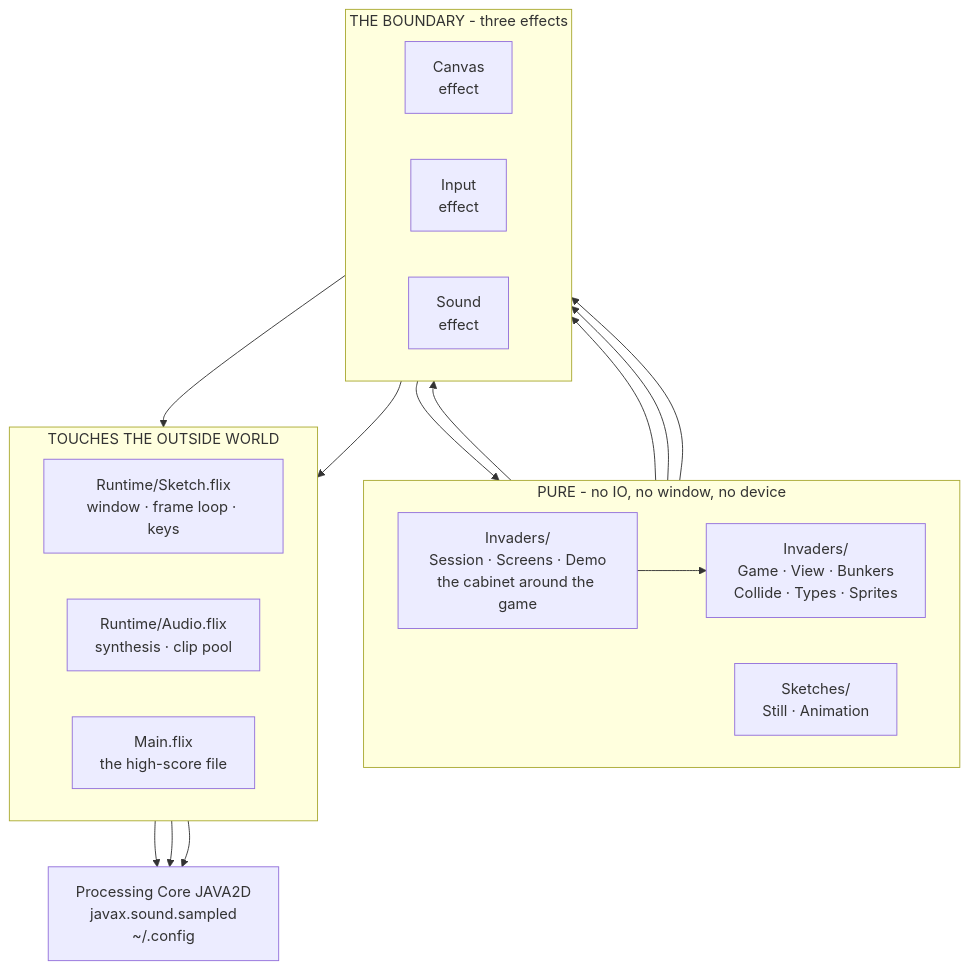
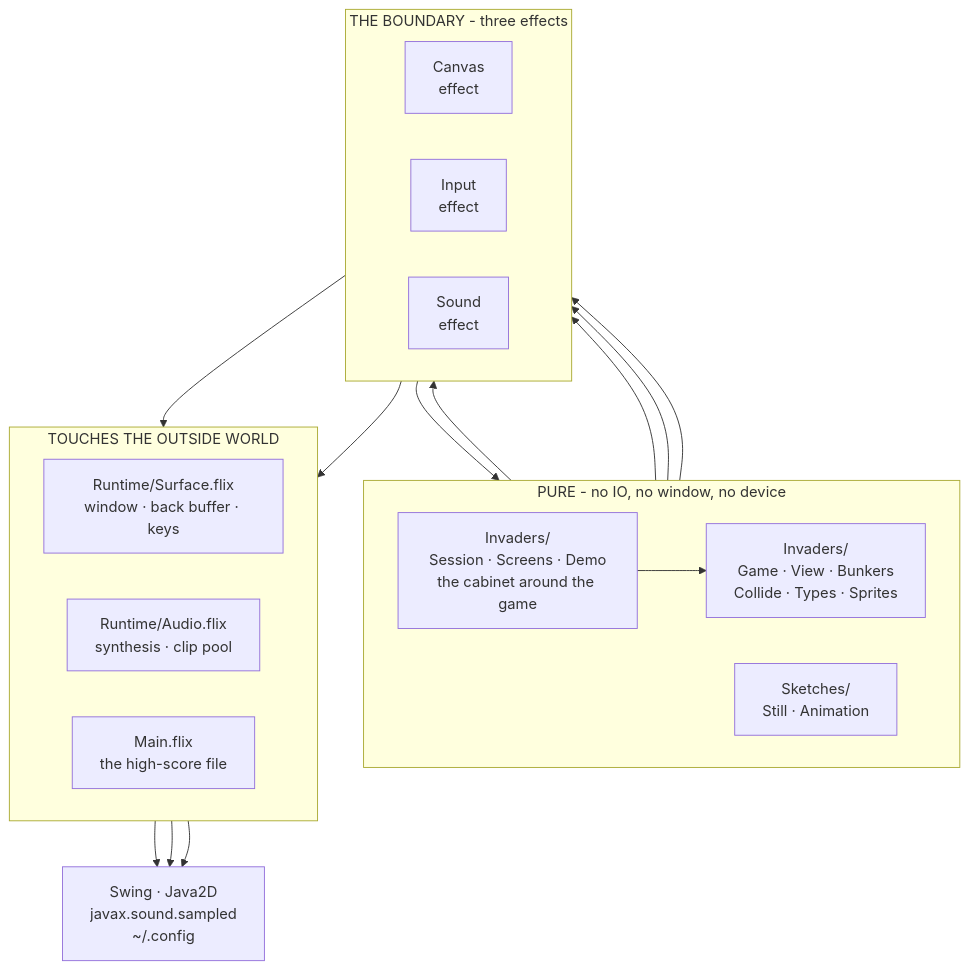
Before and after one commit to wstein/flix-invaders: the second of 6 diagrams in README.md, drawn with Mermaid. The commit also changed other lines of this file and 6 other files, not shown here.

First line of the commit message:
docs: describe the Swing runtime, and keep the record of the old one

````diff
--- a/README.md
+++ b/README.md
@@ -127,37 +128,37 @@
 ```mermaid
 flowchart TB
     subgraph pure["PURE - no IO, no window, no device"]
         direction LR
         cab["Invaders/<br>Session · Screens · Demo<br>the cabinet around the game"]
         model["Invaders/<br>Game · View · Bunkers<br>Collide · Types · Sprites"]
         demos["Sketches/<br>Still · Animation"]
     end
 
     subgraph seam["THE BOUNDARY - three effects"]
         direction LR
         canvas["Canvas<br>effect"]
         input["Input<br>effect"]
         sound["Sound<br>effect"]
     end
 
     subgraph java["TOUCHES THE OUTSIDE WORLD"]
         direction LR
-        sketch["Runtime/Sketch.flix<br>window · frame loop · keys"]
+        sketch["Runtime/Surface.flix<br>window · back buffer · keys"]
         audio["Runtime/Audio.flix<br>synthesis · clip pool"]
         main["Main.flix<br>the high-score file"]
     end
 
-    ext["Processing Core JAVA2D<br>javax.sound.sampled<br>~/.config"]
+    ext["Swing · Java2D<br>javax.sound.sampled<br>~/.config"]
 
     cab --> model
     cab --> canvas
     model --> canvas
     model --> sound
     demos --> canvas
     input --> model
     canvas --> sketch
     sound --> audio
     sketch --> ext
     audio --> ext
     main --> ext
 ```
````
